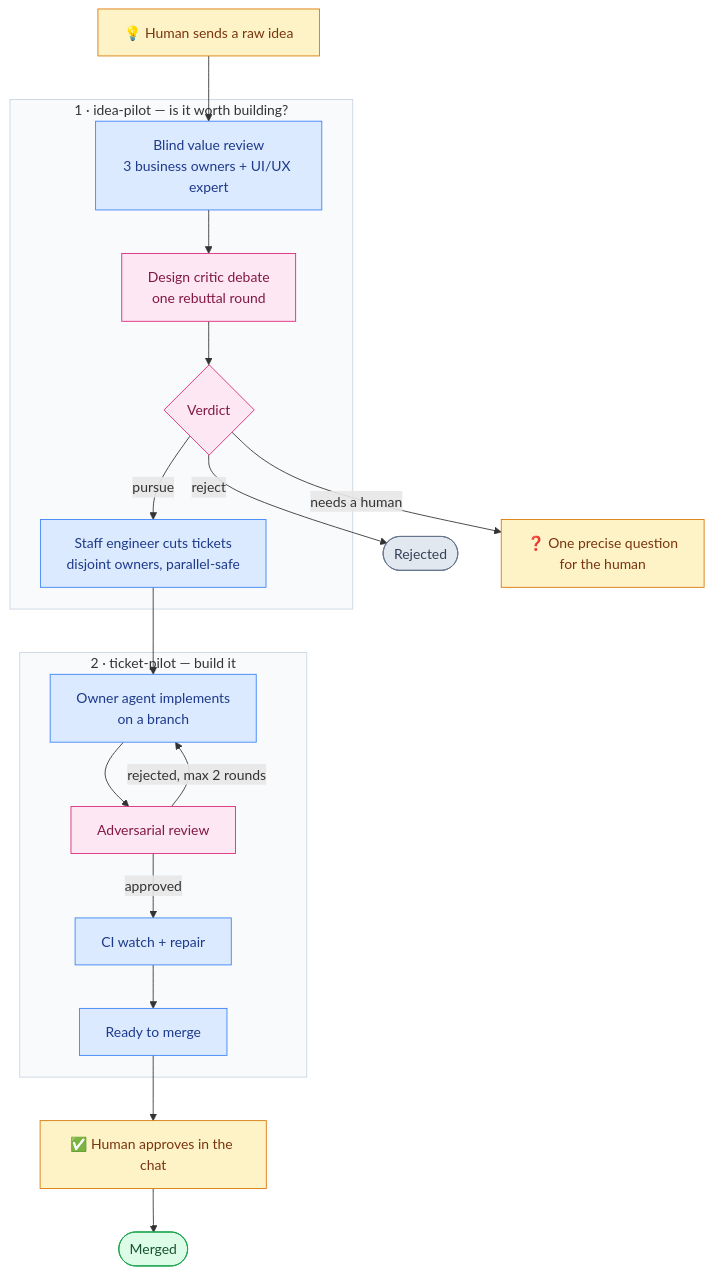
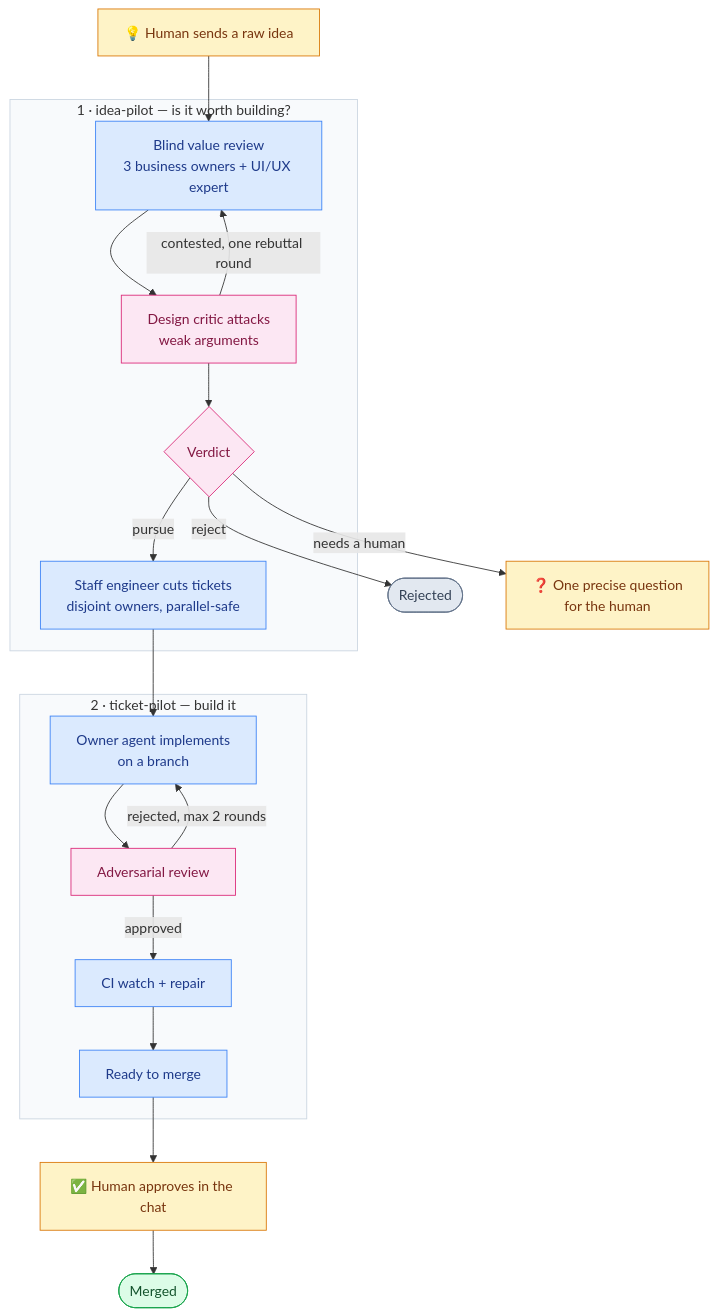
The diagram in docs/AI-WORKFLOW.md (ordboj/ordboj), drawn with Mermaid before and after one commit.

Commit message:
docs: show rebuttal loop between design critic and owners in diagram
Claude-Session: https://claude.ai/code/session_01RwuGhokSSttYspjyorP4Yg

````diff
--- a/docs/AI-WORKFLOW.md
+++ b/docs/AI-WORKFLOW.md
@@ -62,49 +62,51 @@
 ```mermaid
 %%{init: {"theme": "base", "themeVariables": {
   "fontFamily": "-apple-system, 'Segoe UI', sans-serif",
   "fontSize": "14px",
   "lineColor": "#94A3B8",
   "textColor": "#334155",
   "clusterBkg": "#F1F5F9",
   "clusterBorder": "#CBD5E1",
   "titleColor": "#334155",
   "edgeLabelBackground": "#F8FAFC"
 }}}%%
 flowchart TD
     idea["💡 Human sends a raw idea"]:::human
 
     subgraph IP["1 · idea-pilot — is it worth building?"]
         review["Blind value review<br/>3 business owners + UI/UX expert"]:::agent
-        debate["Design critic debate<br/>one rebuttal round"]:::gate
+        debate["Design critic attacks<br/>weak arguments"]:::gate
         verdict{"Verdict"}:::gate
         tickets["Staff engineer cuts tickets<br/>disjoint owners, parallel-safe"]:::agent
     end
 
     subgraph TP["2 · ticket-pilot — build it"]
         impl["Owner agent implements<br/>on a branch"]:::agent
         rev["Adversarial review"]:::gate
         ci["CI watch + repair"]:::agent
         ready["Ready to merge"]:::agent
     end
 
     rejected(["Rejected"]):::stop
     question["❓ One precise question<br/>for the human"]:::human
     approve["✅ Human approves in the chat"]:::human
     merged(["Merged"]):::done
 
-    idea --> review --> debate --> verdict
+    idea --> review --> debate
+    debate -- "contested, one rebuttal round" --> review
+    debate --> verdict
     verdict -- "pursue" --> tickets
     verdict -- "reject" --> rejected
     verdict -- "needs a human" --> question
     tickets --> impl --> rev
     rev -- "rejected, max 2 rounds" --> impl
     rev -- "approved" --> ci --> ready --> approve --> merged
 
     style IP fill:#F8FAFC,stroke:#CBD5E1
     style TP fill:#F8FAFC,stroke:#CBD5E1
     classDef human fill:#FEF3C7,stroke:#D97706,color:#78350F
     classDef agent fill:#DBEAFE,stroke:#3B82F6,color:#1E3A8A
     classDef gate fill:#FCE7F3,stroke:#DB2777,color:#831843
     classDef done fill:#DCFCE7,stroke:#16A34A,color:#14532D
     classDef stop fill:#E2E8F0,stroke:#64748B,color:#334155
 ```
````
